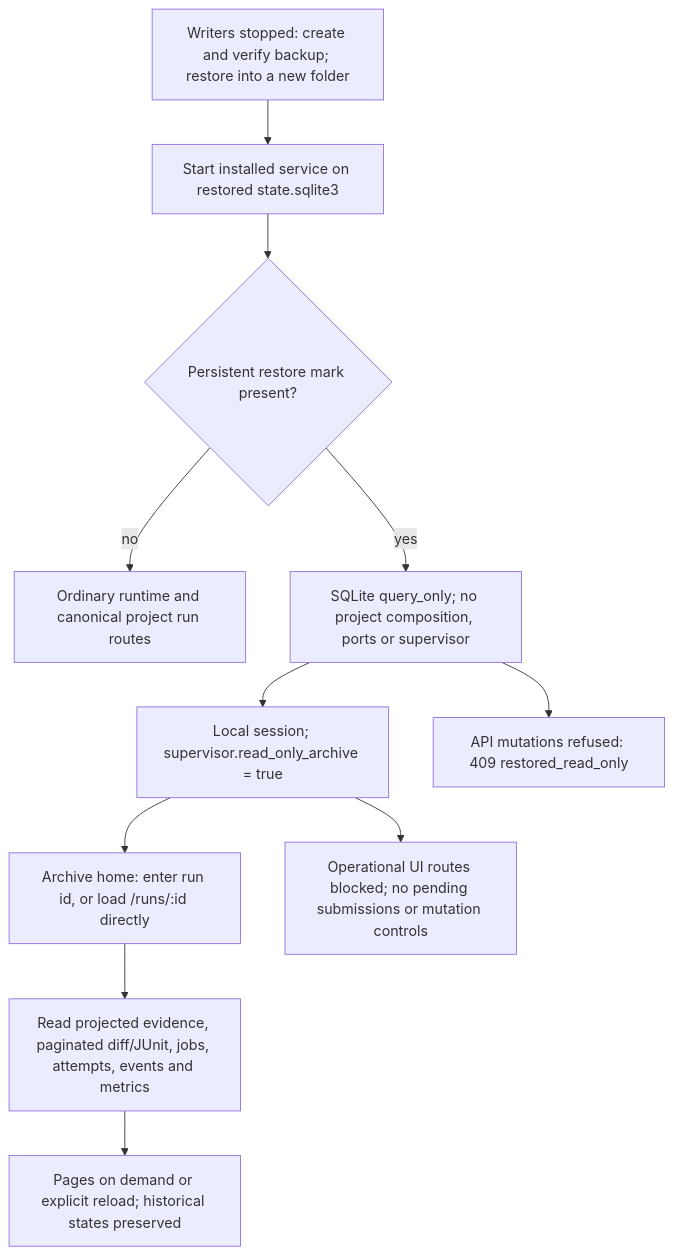
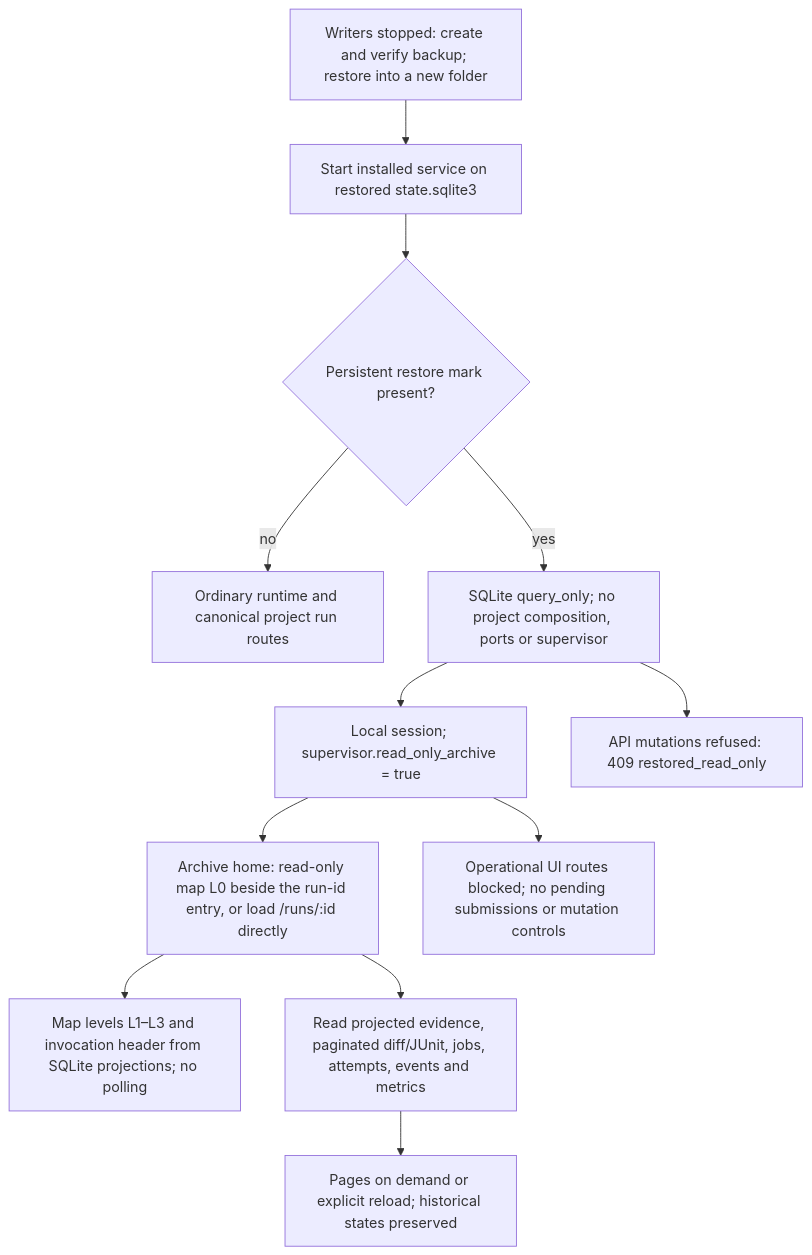
One commit to AcostaDDev/my-harness changed the diagram in docs/flows/backup-consultation.md. Above: the diagram before and after it, drawn with Mermaid. The commit also changed other lines of this file and 54 other files, not shown here.

````diff
--- a/docs/flows/backup-consultation.md
+++ b/docs/flows/backup-consultation.md
@@ -6,13 +6,14 @@
 ```mermaid
 flowchart TD
     B["Writers stopped: create and verify backup; restore into a new folder"] --> S["Start installed service on restored state.sqlite3"]
     S --> M{"Persistent restore mark present?"}
     M -- no --> N["Ordinary runtime and canonical project run routes"]
     M -- yes --> Q["SQLite query_only; no project composition, ports or supervisor"]
     Q --> A["Local session; supervisor.read_only_archive = true"]
-    A --> H["Archive home: enter run id, or load /runs/:id directly"]
+    A --> H["Archive home: read-only map L0 beside the run-id entry, or load /runs/:id directly"]
+    H --> MapR["Map levels L1–L3 and invocation header from SQLite projections; no polling"]
     H --> R["Read projected evidence, paginated diff/JUnit, jobs, attempts, events and metrics"]
     R --> P["Pages on demand or explicit reload; historical states preserved"]
     A --> X["Operational UI routes blocked; no pending submissions or mutation controls"]
     Q --> G["API mutations refused: 409 restored_read_only"]
 ```
````
